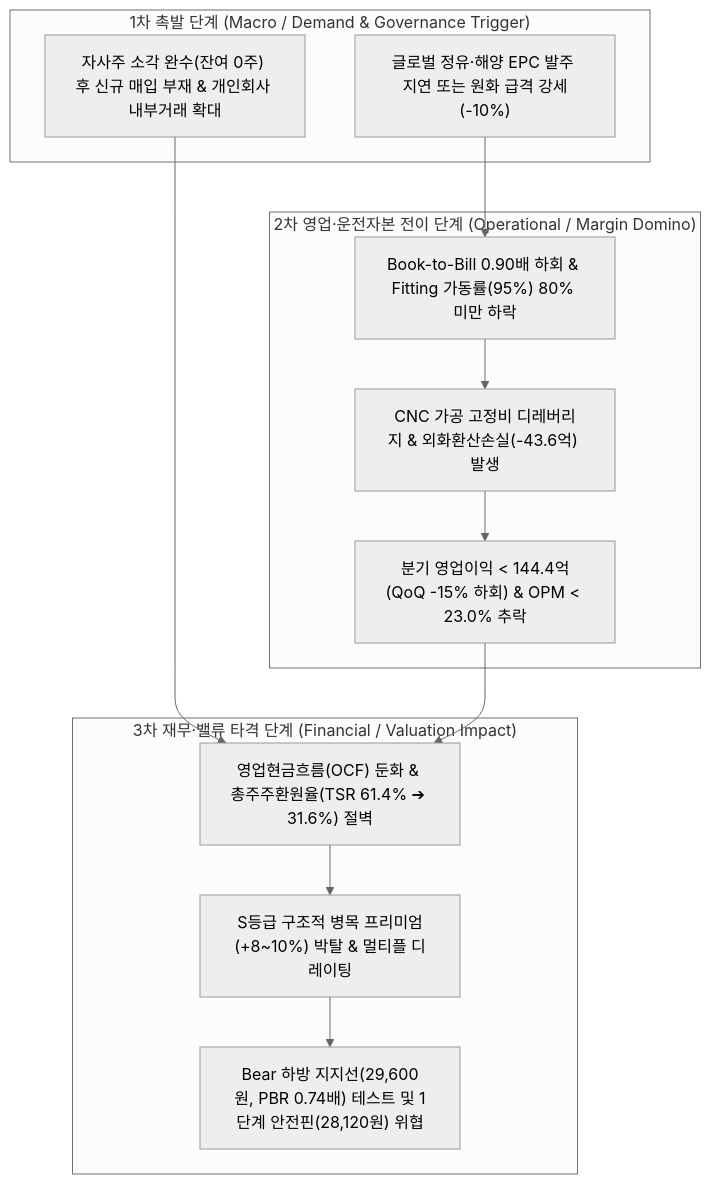
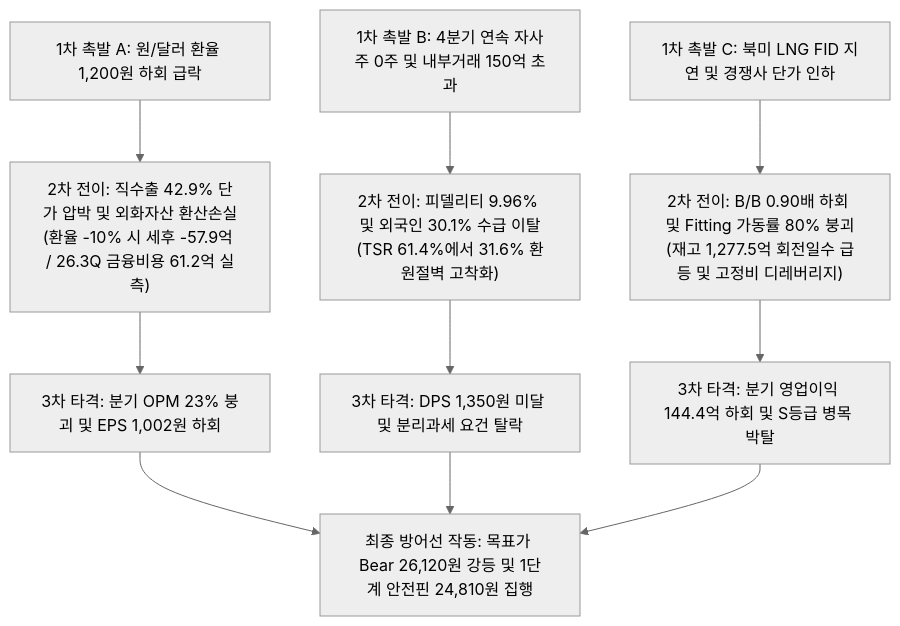
One commit to eve830521-cmd/my-skill-ver.5 changed the second of 2 diagrams in Stock_Research/하이록코리아/3_Final_Reports/Phase1_Report.md. Above: the diagram before and after it, drawn with Mermaid (neutral theme). The commit also changed other lines of this file and 308 other files, not shown here.

````diff
--- a/Stock_Research/하이록코리아/3_Final_Reports/Phase1_Report.md
+++ b/Stock_Research/하이록코리아/3_Final_Reports/Phase1_Report.md
@@ -255,27 +227,14 @@
 ```mermaid
-graph TD
-    subgraph Stage1 ["1차 촉발 단계 (Macro / Demand & Governance Trigger)"]
-        T1["글로벌 정유·해양 EPC 발주 지연 또는 원화 급격 강세(-10%)"]
-        T2["자사주 소각 완수(잔여 0주) 후 신규 매입 부재 & 개인회사 내부거래 확대"]
-    end
+flowchart TD
+    T1["1차 촉발 A: 원/달러 환율 1,200원 하회 급락"] --> O1["2차 전이: 직수출 42.9% 단가 압박 및 외화자산 환산손실<br/>(환율 -10% 시 세후 -57.9억 / 26.3Q 금융비용 61.2억 실측)"]
+    T2["1차 촉발 B: 4분기 연속 자사주 0주 및 내부거래 150억 초과"] --> O2["2차 전이: 피델리티 9.96% 및 외국인 30.1% 수급 이탈<br/>(TSR 61.4%에서 31.6% 환원절벽 고착화)"]
+    T3["1차 촉발 C: 북미 LNG FID 지연 및 경쟁사 단가 인하"] --> O3["2차 전이: B/B 0.90배 하회 및 Fitting 가동률 80% 붕괴<br/>(재고 1,277.5억 회전일수 급등 및 고정비 디레버리지)"]
 
-    subgraph Stage2 ["2차 영업·운전자본 전이 단계 (Operational / Margin Domino)"]
-        O1["Book-to-Bill 0.90배 하회 & Fitting 가동률(95%) 80% 미만 하락"]
-        O2["CNC 가공 고정비 디레버리지 & 외화환산손실(-43.6억) 발생"]
-        O3["분기 영업이익 < 144.4억(QoQ -15% 하회) & OPM < 23.0% 추락"]
-    end
+    O1 --> F1["3차 타격: 분기 OPM 23% 붕괴 및 EPS 1,002원 하회"]
+    O2 --> F2["3차 타격: DPS 1,350원 미달 및 분리과세 요건 탈락"]
+    O3 --> F3["3차 타격: 분기 영업이익 144.4억 하회 및 S등급 병목 박탈"]
 
-    subgraph Stage3 ["3차 재무·밸류 타격 단계 (Financial / Valuation Impact)"]
-        F1["영업현금흐름(OCF) 둔화 & 총주주환원율(TSR 61.4% ➔ 31.6%) 절벽"]
-        F2["S등급 구조적 병목 프리미엄(+8~10%) 박탈 & 멀티플 디레이팅"]
-        F3["Bear 하방 지지선(29,600원, PBR 0.74배) 테스트 및 1단계 안전핀(28,120원) 위협"]
-    end
-
-    T1 --> O1
-    T2 --> F1
-    O1 --> O2
-    O2 --> O3
-    O3 --> F1
-    F1 --> F2
-    F2 --> F3
+    F1 --> FINAL_NODE["최종 방어선 작동: 목표가 Bear 26,120원 강등 및 1단계 안전핀 24,810원 집행"]
+    F2 --> FINAL_NODE
+    F3 --> FINAL_NODE
 ```
````
